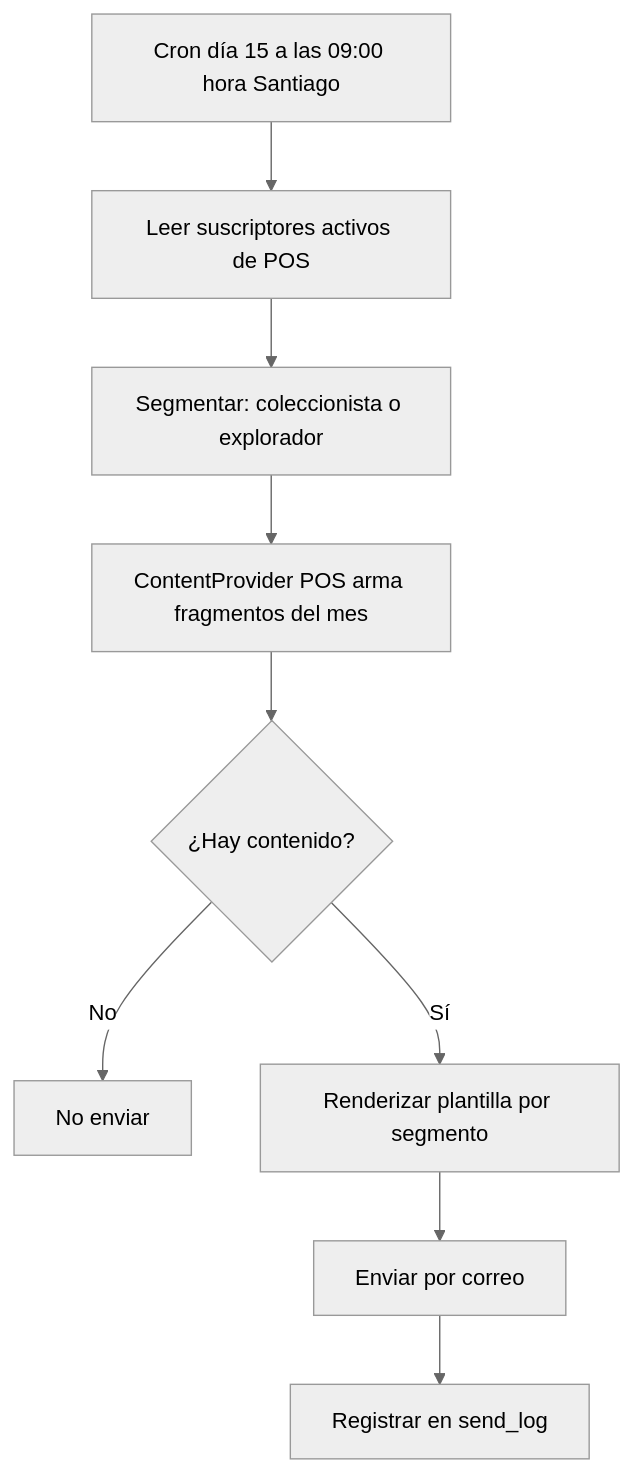
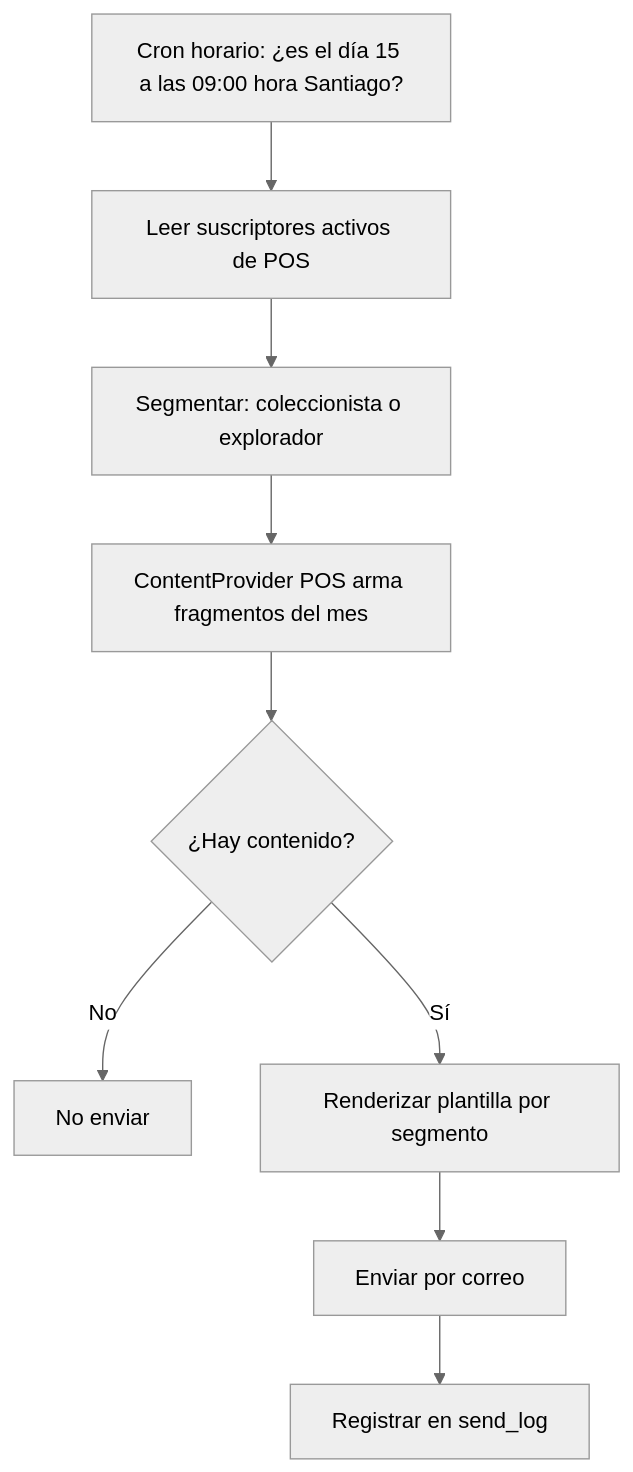
Before and after one commit to lol-protocol/php: the second of 4 diagrams in newsletter-plugin/docs/03-arquitectura.md, drawn with Mermaid (neutral theme). The commit also changed other lines of this file and 12 other files, not shown here.

````diff
--- a/newsletter-plugin/docs/03-arquitectura.md
+++ b/newsletter-plugin/docs/03-arquitectura.md
@@ -52,11 +54,11 @@
 ```mermaid
 flowchart TD
-  A["Cron día 15 a las 09:00 hora Santiago"] --> B["Leer suscriptores activos de POS"]
+  A["Cron horario: ¿es el día 15 a las 09:00 hora Santiago?"] --> B["Leer suscriptores activos de POS"]
   B --> C["Segmentar: coleccionista o explorador"]
   C --> D["ContentProvider POS arma fragmentos del mes"]
   D --> E{"¿Hay contenido?"}
   E -- No --> F["No enviar"]
   E -- Sí --> G["Renderizar plantilla por segmento"]
   G --> H["Enviar por correo"]
   H --> I["Registrar en send_log"]
 ```
````
